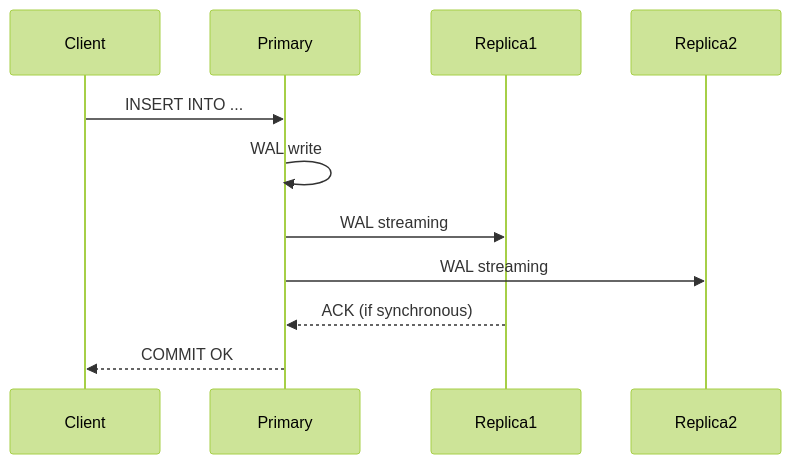
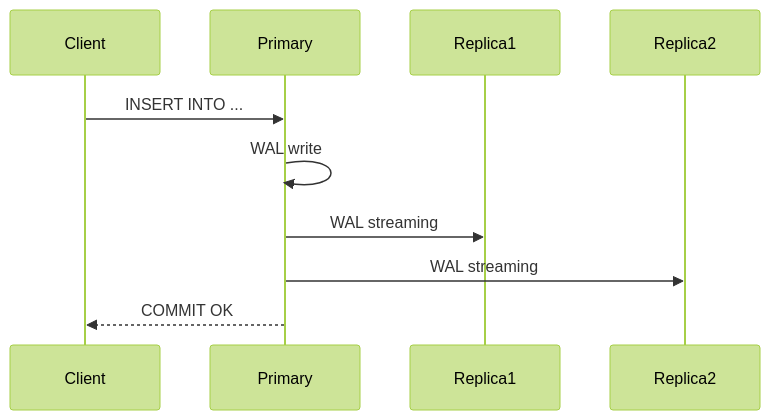
One commit to HidoraSwiss/hikube-public-doc changed the second of 2 diagrams in i18n/en/docusaurus-plugin-content-docs/current/services/databases/postgresql/concepts.md. Above: the diagram before and after it, drawn with Mermaid (forest theme). The commit also changed other lines of this file and 148 other files, not shown here.

````diff
--- a/i18n/en/docusaurus-plugin-content-docs/current/services/databases/postgresql/concepts.md
+++ b/i18n/en/docusaurus-plugin-content-docs/current/services/databases/postgresql/concepts.md
@@ -81,14 +62,13 @@
 ```mermaid
 sequenceDiagram
     participant Client
     participant Primary
     participant Replica1
     participant Replica2
 
     Client->>Primary: INSERT INTO ...
     Primary->>Primary: WAL write
     Primary->>Replica1: WAL streaming
     Primary->>Replica2: WAL streaming
-    Replica1-->>Primary: ACK (if synchronous)
     Primary-->>Client: COMMIT OK
 ```
````
